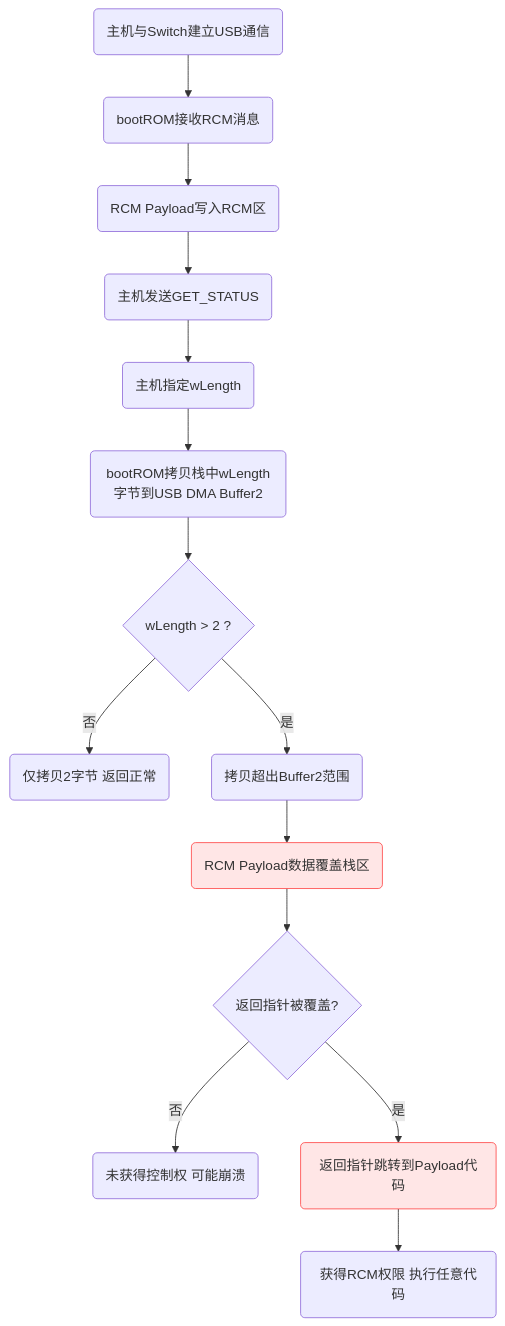
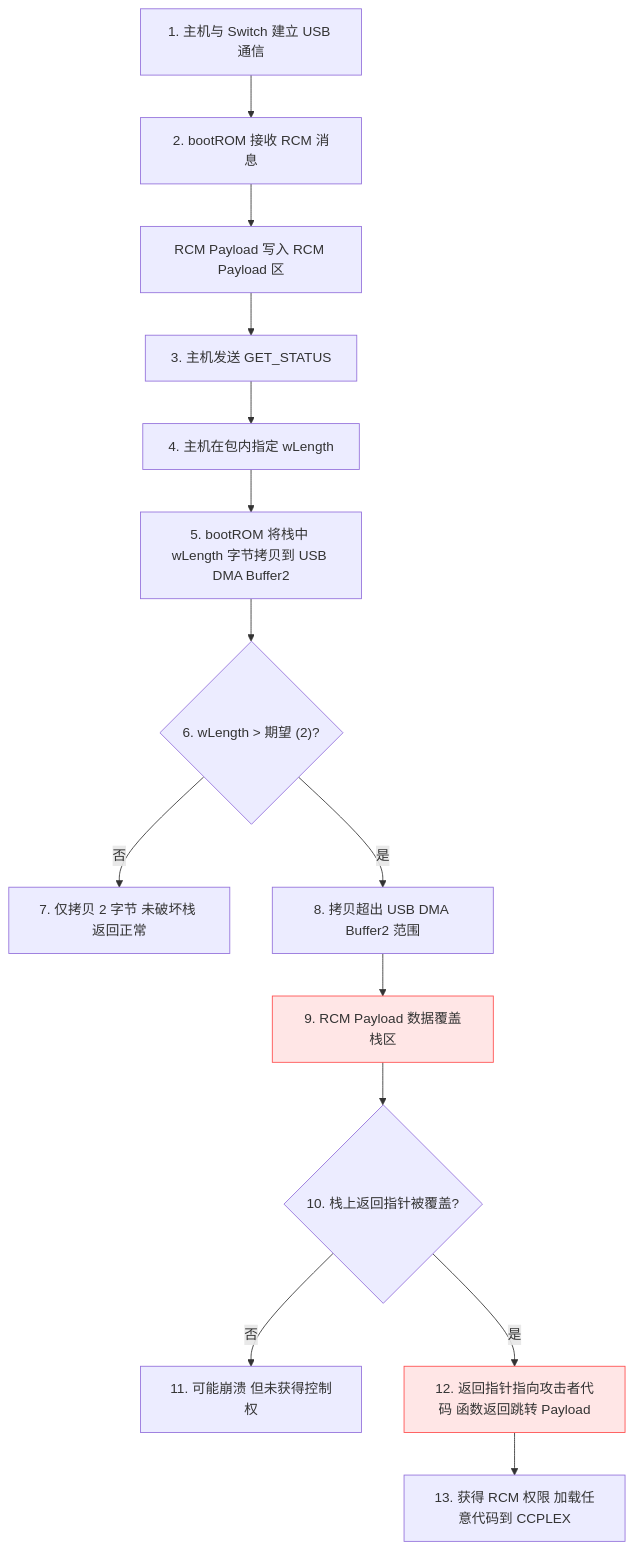
The third of 3 diagrams in CrackSwitch.md (huangsam04/ns-wiki), drawn with Mermaid before and after one commit. The commit also changed other lines of this file, not shown here.

Commit message:
docs: update CrackSwitch

````diff
--- a/CrackSwitch.md
+++ b/CrackSwitch.md
@@ -132,19 +129,19 @@
-  <div class="mermaid">
+```mermaid
 graph TD
-    A("主机与Switch建立USB通信") --> B("bootROM接收RCM消息")
-    B --> B2("RCM Payload写入RCM区")
-    B2 --> C("主机发送GET_STATUS")
-    C --> D("主机指定wLength")
-    D --> E("bootROM拷贝栈中wLength字节到USB DMA Buffer2")
-    E --> F{"wLength > 2 ?"}
-    F -->|否| G("仅拷贝2字节 返回正常")
-    F -->|是| H("拷贝超出Buffer2范围")
-    H --> I("RCM Payload数据覆盖栈区")
-    I --> J{"返回指针被覆盖?"}
-    J -->|否| K("未获得控制权 可能崩溃")
-    J -->|是| L("返回指针跳转到Payload代码")
-    L --> M("获得RCM权限 执行任意代码")
+    A["1. 主机与 Switch 建立 USB 通信"] --> B["2. bootROM 接收 RCM 消息"]
+    B --> B2["RCM Payload 写入 RCM Payload 区"]
+    B2 --> C["3. 主机发送 GET_STATUS"]
+    C --> D["4. 主机在包内指定 wLength"]
+    D --> E["5. bootROM 将栈中 wLength 字节拷贝到 USB DMA Buffer2"]
+    E --> F{"6. wLength > 期望 (2)?"}
+    F -->|否| G["7. 仅拷贝 2 字节 未破坏栈 返回正常"]
+    F -->|是| H["8. 拷贝超出 USB DMA Buffer2 范围"]
+    H --> I["9. RCM Payload 数据覆盖栈区"]
+    I --> J{"10. 栈上返回指针被覆盖?"}
+    J -->|否| K["11. 可能崩溃 但未获得控制权"]
+    J -->|是| L["12. 返回指针指向攻击者代码 函数返回跳转 Payload"]
+    L --> M["13. 获得 RCM 权限 加载任意代码到 CCPLEX"]
 
     classDef critical fill:#ffe6e6,stroke:#ff4d4d;
     class I,L critical;
-  </div>
+```
````
